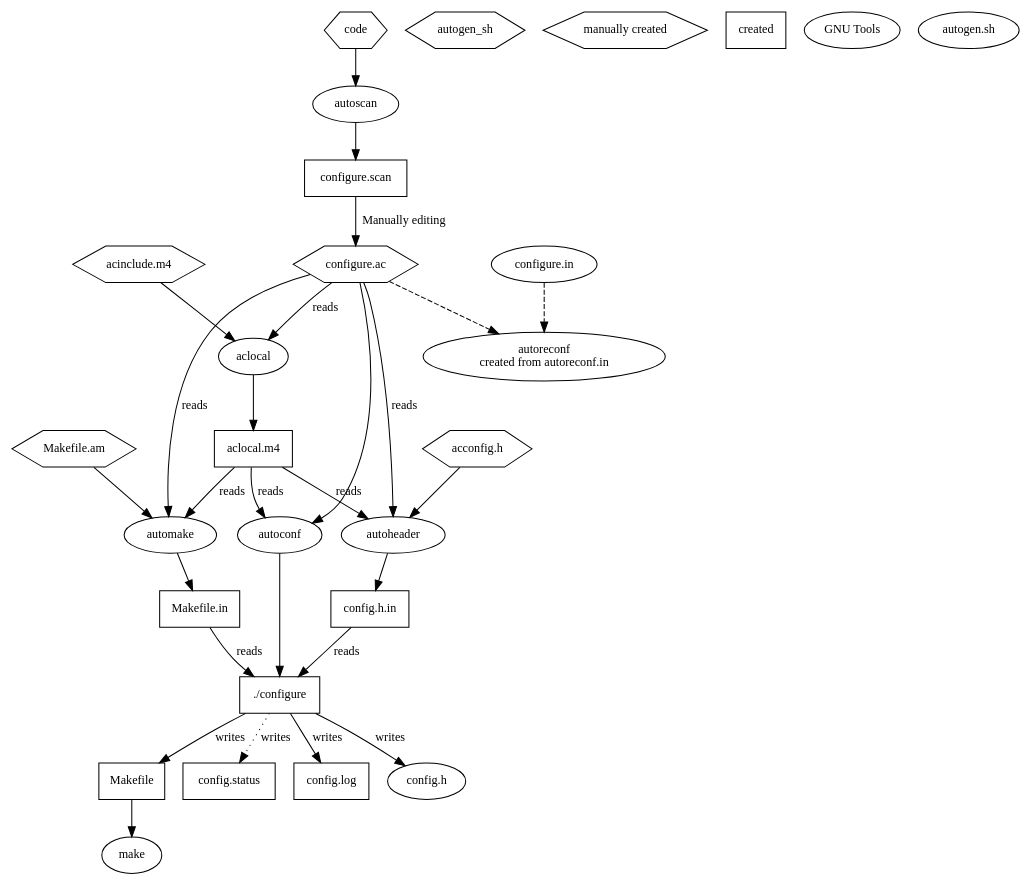
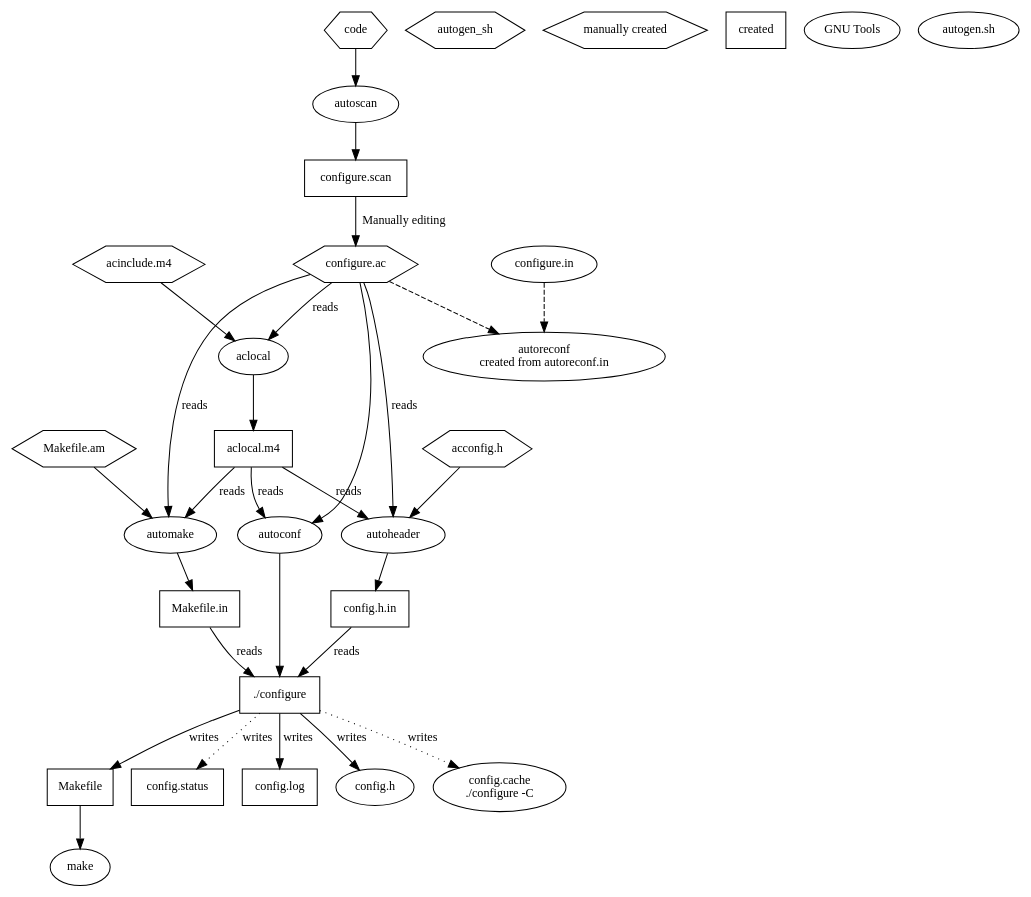
One commit to ReneNyffenegger/about-GNU-Build-System changed the diagram in map.dot. Above: the diagram before and after it, drawn with Graphviz. The commit also changed 6 other files, not shown here.

```diff
--- a/map.dot
+++ b/map.dot
@@ -1,73 +1,75 @@
 //
 //  http://www.adp-gmbh.ch/misc/tools/configure/files_used.html
 //
 
 digraph map {
 
   node [shape=hexagon     fontsize=12 fontname=verdana]; configure_ac Makefile_am acconfig_h code acinclude_m4 autogen_sh  man_created;   
   node [shape=box         fontsize=12 fontname=verdana]; aclocal_m4 configure config_h_in Makefile_in Makefile
                                                          config_status config_log configure_scan  created; 
 
   node [shape=ellipse fontsize=12 fontname=verdana]; aclocal autoheader autoconf autoreconf automake autoscan  gnu_tools;      
 
   autoen_sh      [label="autogen.sh"                            ];
   configure_in   [label="configure.in"                          ];
   configure_ac   [label="configure.ac"                          ];
   Makefile_am    [label="Makefile.am"                           ];
   configure      [label="./configure"                           ];
   aclocal        [label="aclocal"                               ];
   autoheader     [label="autoheader"                            ];
   autoconf       [label="autoconf"                              ];
   autoreconf     [label="autoreconf\ncreated from autoreconf.in"];
   autoscan       [label="autoscan"                              ];
   config_h_in    [label="config.h.in"                           ];
   aclocal_m4     [label="aclocal.m4"                            ];
   config_h       [label="config.h"                              ];
   Makefile_in    [label="Makefile.in"                           ];
   gnu_tools      [label="GNU Tools"                             ];
   created        [label="created"                               ];
   man_created    [label="manually created"                      ];
   acconfig_h     [label="acconfig.h"                            ];
   acinclude_m4   [label="acinclude.m4"                          ];
   config_status  [label="config.status"                         ];
+  config_cache   [label="config.cache\n./configure -C"          ]; // created with ./configure -C
   config_log     [label="config.log"                            ];
   configure_scan [label="configure.scan"                        ];
   code           [label="code"                                  ];
 
 
   // Apparently, autoreconf needs either configure.in or configure.ac as input
   configure_in   -> autoreconf [style=dashed];
   configure_ac   -> autoreconf [style=dashed];
 
   code           -> autoscan;
 
   configure_ac   -> autoconf;
   autoconf       -> configure;
 
   autoscan       -> configure_scan;
   configure_scan -> configure_ac    [label="Manually editing" fontname=verdana fontsize=12];
 
   configure_ac   -> aclocal         [label=reads  fontname=verdana fontsize=12];
   acinclude_m4   -> aclocal;
   aclocal        -> aclocal_m4;
   aclocal_m4     -> autoconf        [label=reads  fontname=verdana fontsize=12];
   aclocal_m4     -> autoheader      [label=reads  fontname=verdana fontsize=12]; /*see http://www.lrde.epita.fr/~adl/dl/autotools.pdf*/
   aclocal_m4     -> automake        [label=reads  fontname=verdana fontsize=12]; /*see http://www.lrde.epita.fr/~adl/dl/autotools.pdf*/
 
   acconfig_h     -> autoheader;
   configure_ac   -> autoheader      [label=reads  fontname=verdana fontsize=12];
   autoheader     -> config_h_in;
 
   Makefile_am    -> automake;
   automake       -> Makefile_in;
 
   configure_ac   -> automake        [label=reads  fontname=verdana fontsize=12]; /*see http://www.lrde.epita.fr/~adl/dl/autotools.pdf*/
   config_h_in    -> configure       [label=reads  fontname=verdana fontsize=12];
   Makefile_in    -> configure       [label=reads  fontname=verdana fontsize=12];
   configure      -> config_h        [label=writes fontname=verdana fontsize=12];
   configure      -> Makefile        [label=writes fontname=verdana fontsize=12];
   configure      -> config_status   [label=writes fontname=verdana fontsize=12 style=dotted];
+  configure      -> config_cache    [label=writes fontname=verdana fontsize=12 style=dotted];
   configure      -> config_log      [label=writes fontname=verdana fontsize=12];
 
   Makefile       -> make;
 }
```
